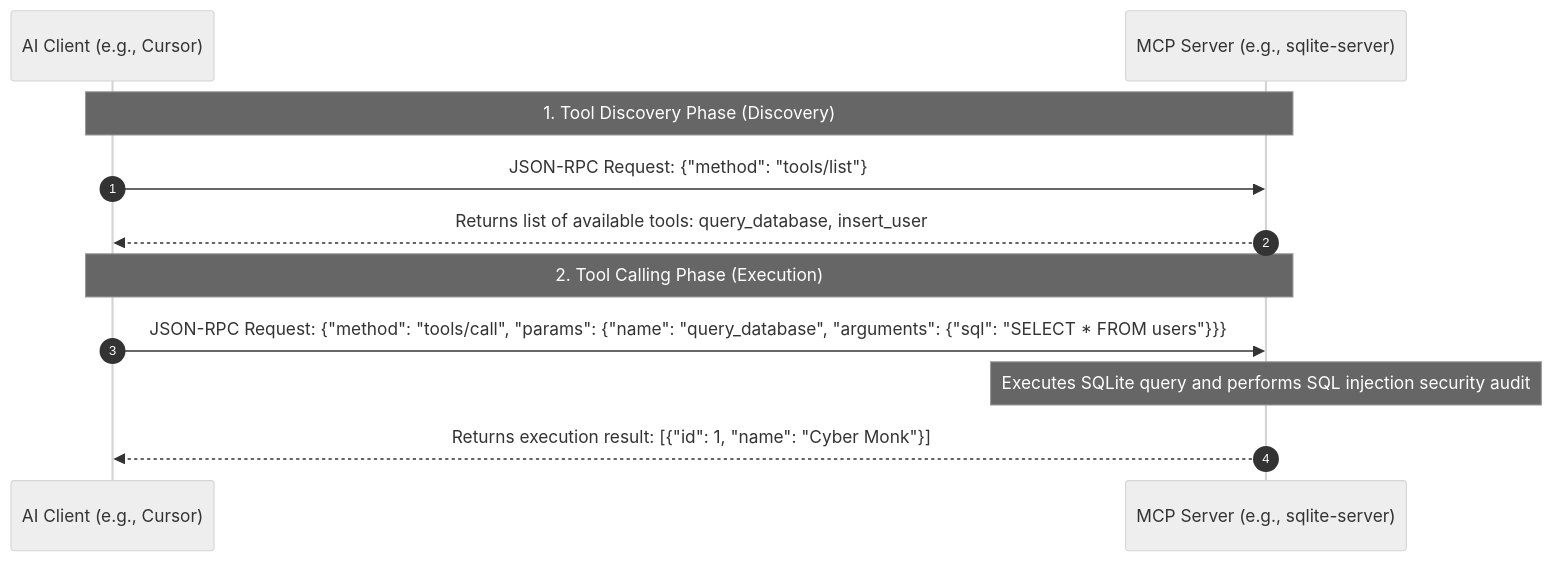
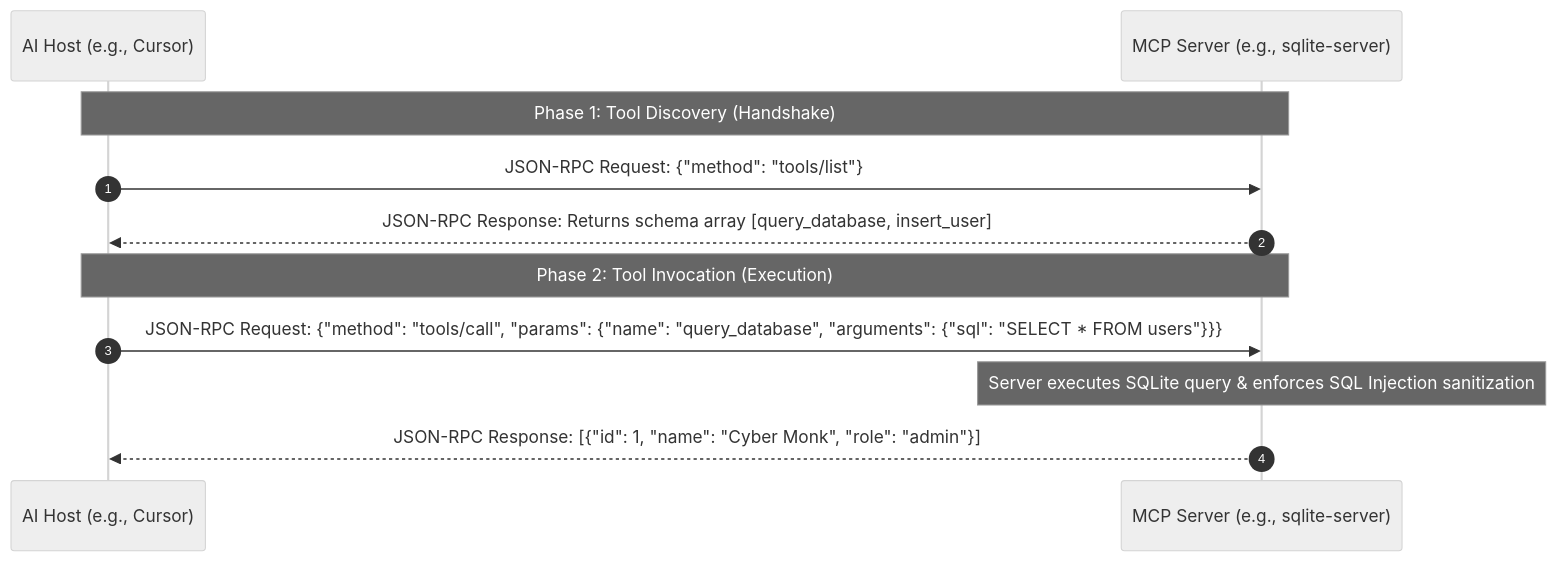
The diagram in i18n/en/docusaurus-plugin-content-docs/current/mcp.md (ruanqizhen/cocode), drawn with Mermaid (neutral theme) before and after one commit. The commit also changed other lines of this file and 41 other files, not shown here.

````diff
--- a/i18n/en/docusaurus-plugin-content-docs/current/mcp.md
+++ b/i18n/en/docusaurus-plugin-content-docs/current/mcp.md
@@ -60,16 +58,15 @@
 ```mermaid
 sequenceDiagram
     autonumber
-    participant Host as AI Client (e.g., Cursor)
+    participant Host as AI Host (e.g., Cursor)
     participant Server as MCP Server (e.g., sqlite-server)
     
-    Note over Host, Server: 1. Tool Discovery Phase (Discovery)
+    Note over Host, Server: Phase 1: Tool Discovery (Handshake)
     Host->>Server: JSON-RPC Request: {"method": "tools/list"}
-    Server-->>Host: Returns list of available tools: query_database, insert_user
+    Server-->>Host: JSON-RPC Response: Returns schema array [query_database, insert_user]
     
-    Note over Host, Server: 2. Tool Calling Phase (Execution)
+    Note over Host, Server: Phase 2: Tool Invocation (Execution)
     Host->>Server: JSON-RPC Request: {"method": "tools/call", "params": {"name": "query_database", "arguments": {"sql": "SELECT * FROM users"}}}
-    Note over Server: Executes SQLite query and performs SQL injection security audit
-    Server-->>Host: Returns execution result: [{"id": 1, "name": "Cyber Monk"}]
-
+    Note over Server: Server executes SQLite query & enforces SQL Injection sanitization
+    Server-->>Host: JSON-RPC Response: [{"id": 1, "name": "Cyber Monk", "role": "admin"}]
 ```
````
